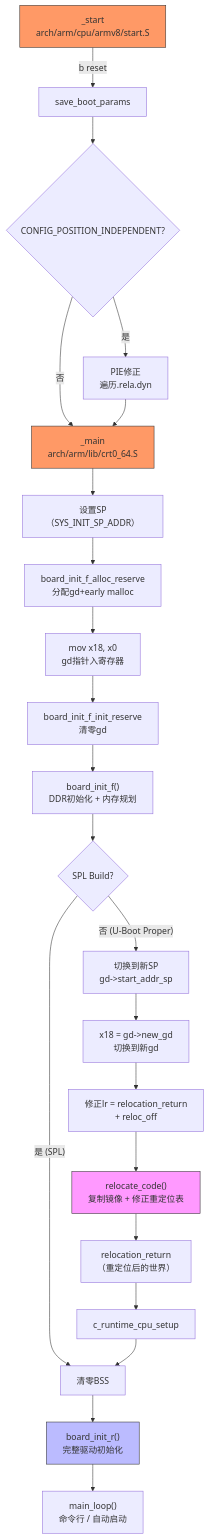
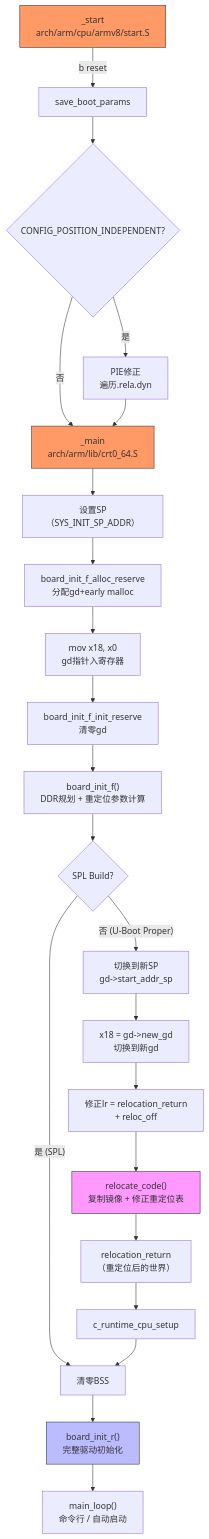
The diagram in docs/02-核心机制深度解析/第7章 启动链深度解析/7.3.1_start汇编入口与重定位.md (xiaohong0925/Embedded_Knowledge_System_V2026), drawn with Mermaid before and after one commit. The commit also changed other lines of this file and 20 other files, not shown here.

````diff
--- a/docs/02-核心机制深度解析/第7章 启动链深度解析/7.3.1_start汇编入口与重定位.md
+++ b/docs/02-核心机制深度解析/第7章 启动链深度解析/7.3.1_start汇编入口与重定位.md
@@ -411,33 +39,33 @@
 ```mermaid
 flowchart TD
     A["_start<br/>arch/arm/cpu/armv8/start.S"] -->|"b reset"| B["save_boot_params"]
     B --> C{"CONFIG_POSITION_INDEPENDENT?"}
     C -->|"是"| D["PIE修正<br/>遍历.rela.dyn"]
     C -->|"否"| E["_main<br/>arch/arm/lib/crt0_64.S"]
     D --> E
 
     E --> F["设置SP（SYS_INIT_SP_ADDR）"]
     F --> G["board_init_f_alloc_reserve<br/>分配gd+early malloc"]
     G --> H["mov x18, x0<br/>gd指针入寄存器"]
     H --> I["board_init_f_init_reserve<br/>清零gd"]
-    I --> J["board_init_f()<br/>DDR初始化 + 内存规划"]
+    I --> J["board_init_f()<br/>DDR规划 + 重定位参数计算"]
 
     J --> K{"SPL Build?"}
     K -->|"是 (SPL)"| L["清零BSS"]
     K -->|"否 (U-Boot Proper)"| M["切换到新SP<br/>gd->start_addr_sp"]
 
     M --> N["x18 = gd->new_gd<br/>切换到新gd"]
     N --> O["修正lr = relocation_return<br/>+ reloc_off"]
     O --> P["relocate_code()<br/>复制镜像 + 修正重定位表"]
     P --> Q["relocation_return<br/>（重定位后的世界）"]
     Q --> R["c_runtime_cpu_setup"]
     R --> L
 
     L --> S["board_init_r()<br/>完整驱动初始化"]
     S --> T["main_loop()<br/>命令行 / 自动启动"]
 
     style A fill:#f96,stroke:#333
     style E fill:#f96,stroke:#333
     style P fill:#f9f,stroke:#333
     style S fill:#bbf,stroke:#333
 ```
````
